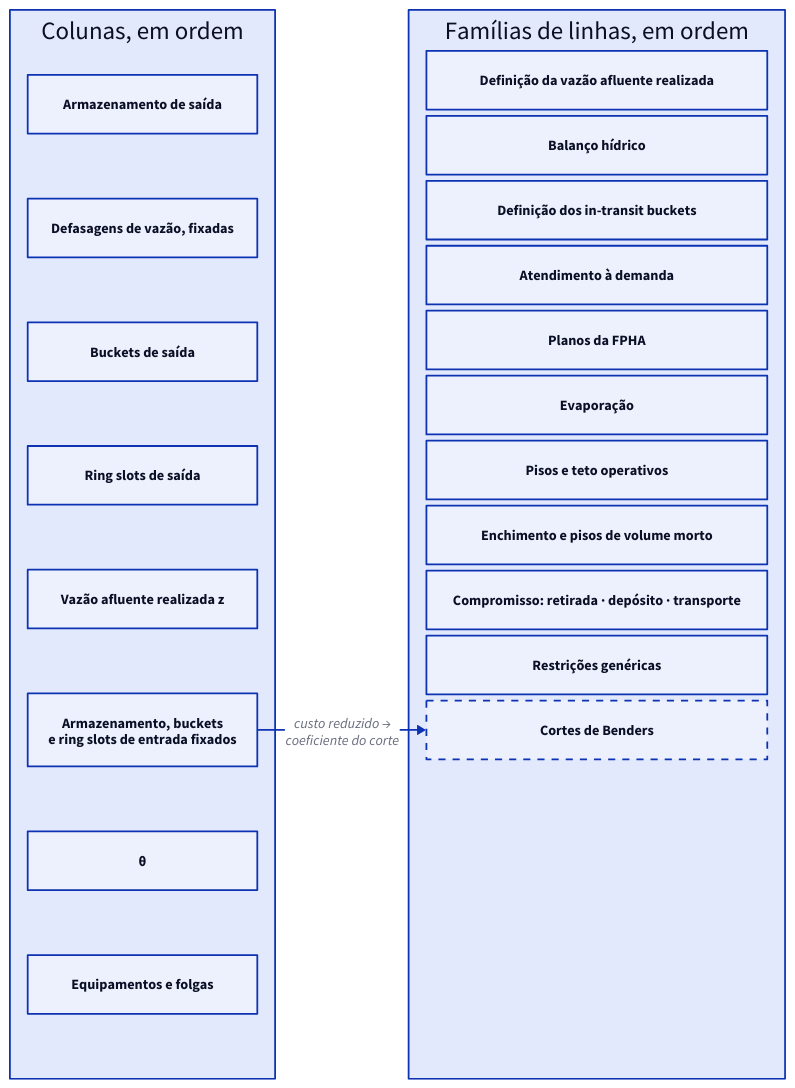
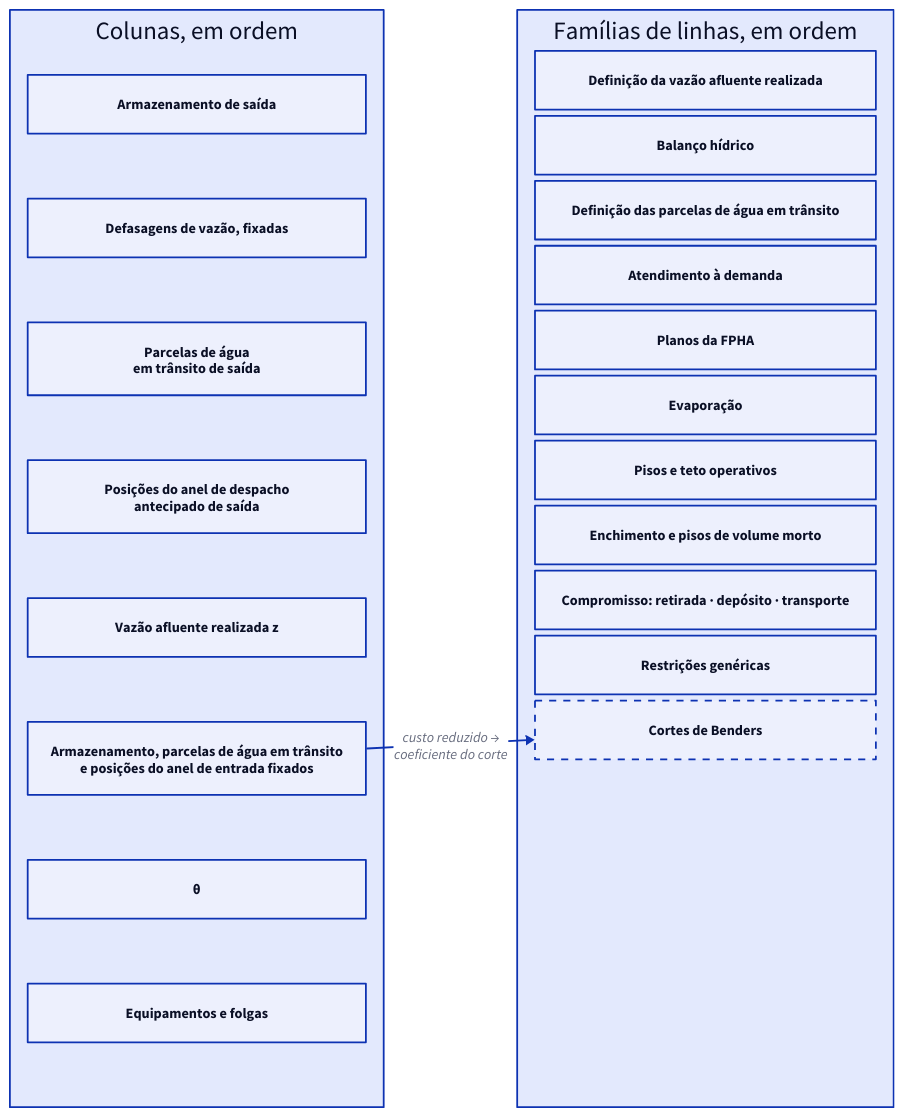
The diagram in src/content/docs/pt-br/math/lp-layout-and-scaling.md (ons-ccee-epe/novomodelo-docs), drawn with D2 before and after one commit. The commit also changed other lines of this file and 31 other files, not shown here.

````diff
--- a/src/content/docs/pt-br/math/lp-layout-and-scaling.md
+++ b/src/content/docs/pt-br/math/lp-layout-and-scaling.md
@@ -16,37 +16,37 @@
 ```d2
 grid-columns: 2
 horizontal-gap: 150
 
 columns: "Colunas, em ordem" {
   grid-columns: 1
   horizontal-gap: 20
   vertical-gap: 73
   st_out: "Armazenamento de saída"
   lag_in: "Defasagens de vazão, fixadas"
-  bk_out: "Buckets de saída"
-  rs_out: "Ring slots de saída"
+  bk_out: "Parcelas de água\nem trânsito de saída"
+  rs_out: "Posições do anel de despacho\nantecipado de saída"
   z_col: "Vazão afluente realizada z"
-  pin_in: "Armazenamento, buckets\ne ring slots de entrada fixados"
+  pin_in: "Armazenamento, parcelas de água em trânsito\ne posições do anel de entrada fixados"
   th_col: "θ"
   eq_col: "Equipamentos e folgas"
 }
 
 rows: "Famílias de linhas, em ordem" {
   grid-columns: 1
   horizontal-gap: 20
   vertical-gap: 7
   zi: "Definição da vazão afluente realizada"
   wb: "Balanço hídrico"
-  bd: "Definição dos in-transit buckets"
+  bd: "Definição das parcelas de água em trânsito"
   lb: "Atendimento à demanda"
   fp: "Planos da FPHA"
   ev: "Evaporação"
   op: "Pisos e teto operativos"
   fl: "Enchimento e pisos de volume morto"
   cm: "Compromisso: retirada · depósito · transporte"
   gc: "Restrições genéricas"
   bc: "Cortes de Benders" {style.stroke-dash: 4}
 }
 
 columns.pin_in -> rows.bc: "custo reduzido →\ncoeficiente do corte"
 ```
````
